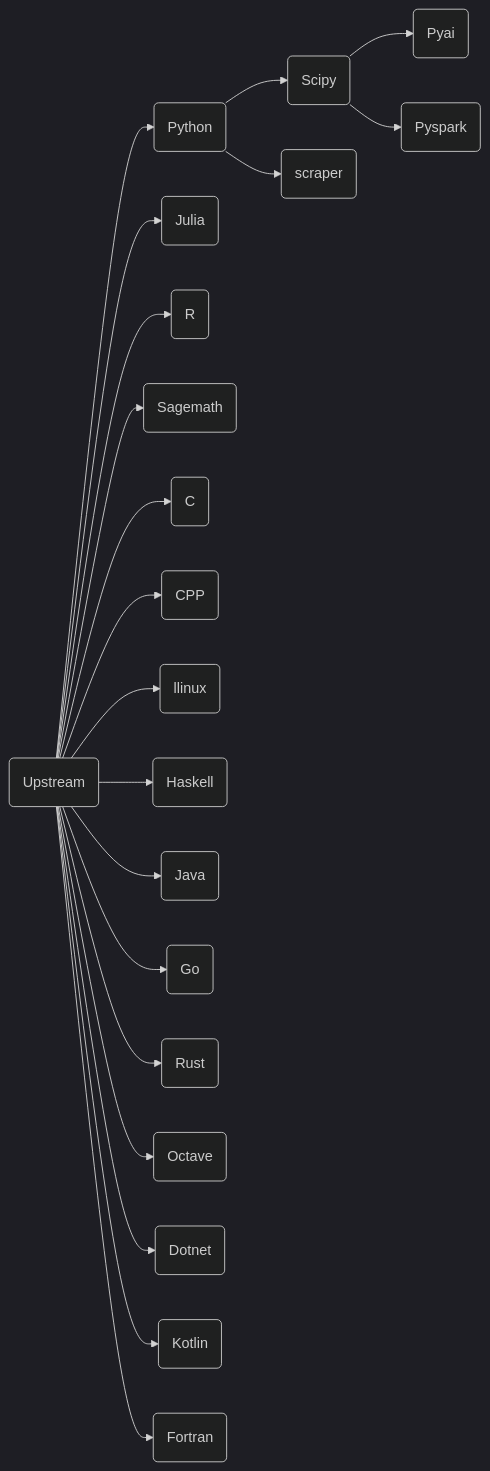
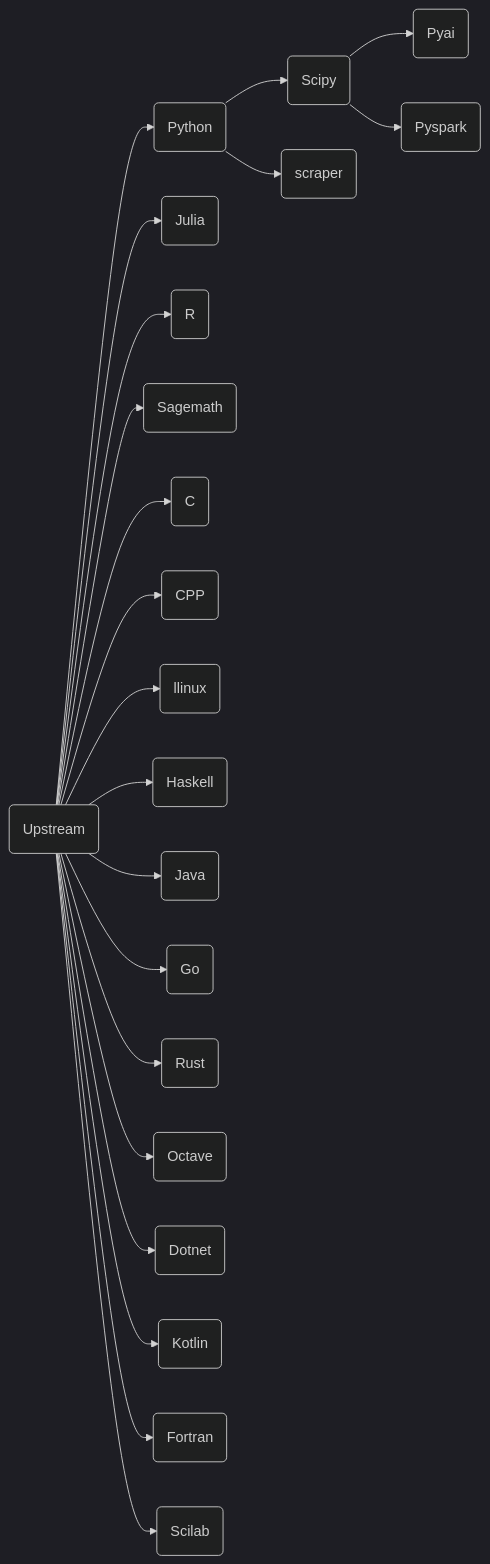
The diagram in README.md (ben0i0d/jupyter-image-stacks), drawn with Mermaid (dark theme) before and after one commit. The commit also changed other lines of this file and 3 other files, not shown here.

````diff
--- a/README.md
+++ b/README.md
@@ -141,22 +142,23 @@
 ```mermaid
 graph LR
 A(Upstream)-->B(Python)
 B-->C(Scipy)
 B-->D(scraper)
 C(Scipy)-->E(Pyai)  
 C(Scipy)-->F(Pyspark)  
 A-->G(Julia)
 A-->H(R)
 A-->I(Sagemath)
 A-->J(C)
 A-->K(CPP)
 A-->L(llinux)
 A-->M(Haskell)
 A-->N(Java)
 A-->O(Go)
 A-->P(Rust)
 A-->Q(Octave)
 A-->R(Dotnet)
 A-->S(Kotlin)
 A-->T(Fortran)
+A-->U(Scilab)
 ```  
````
